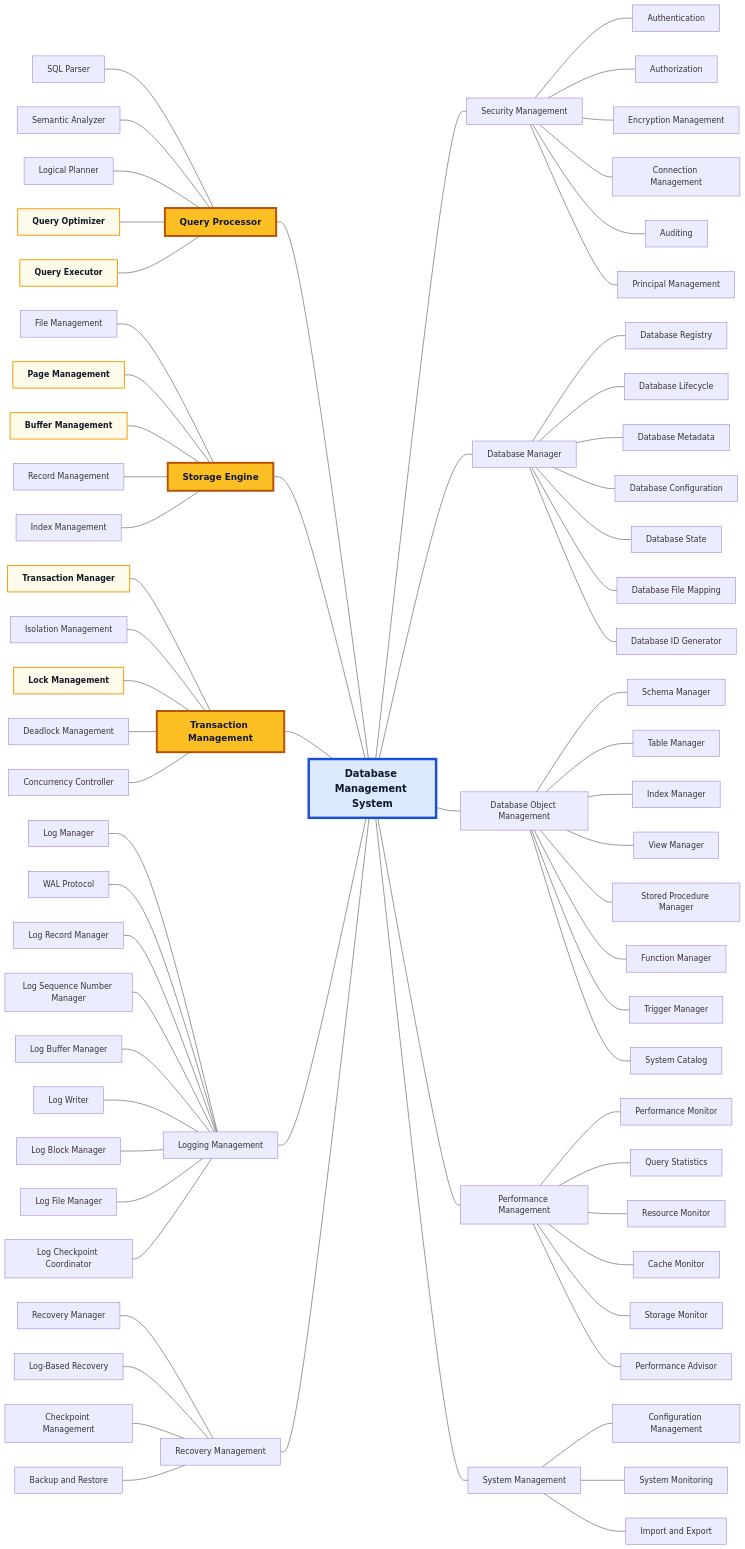
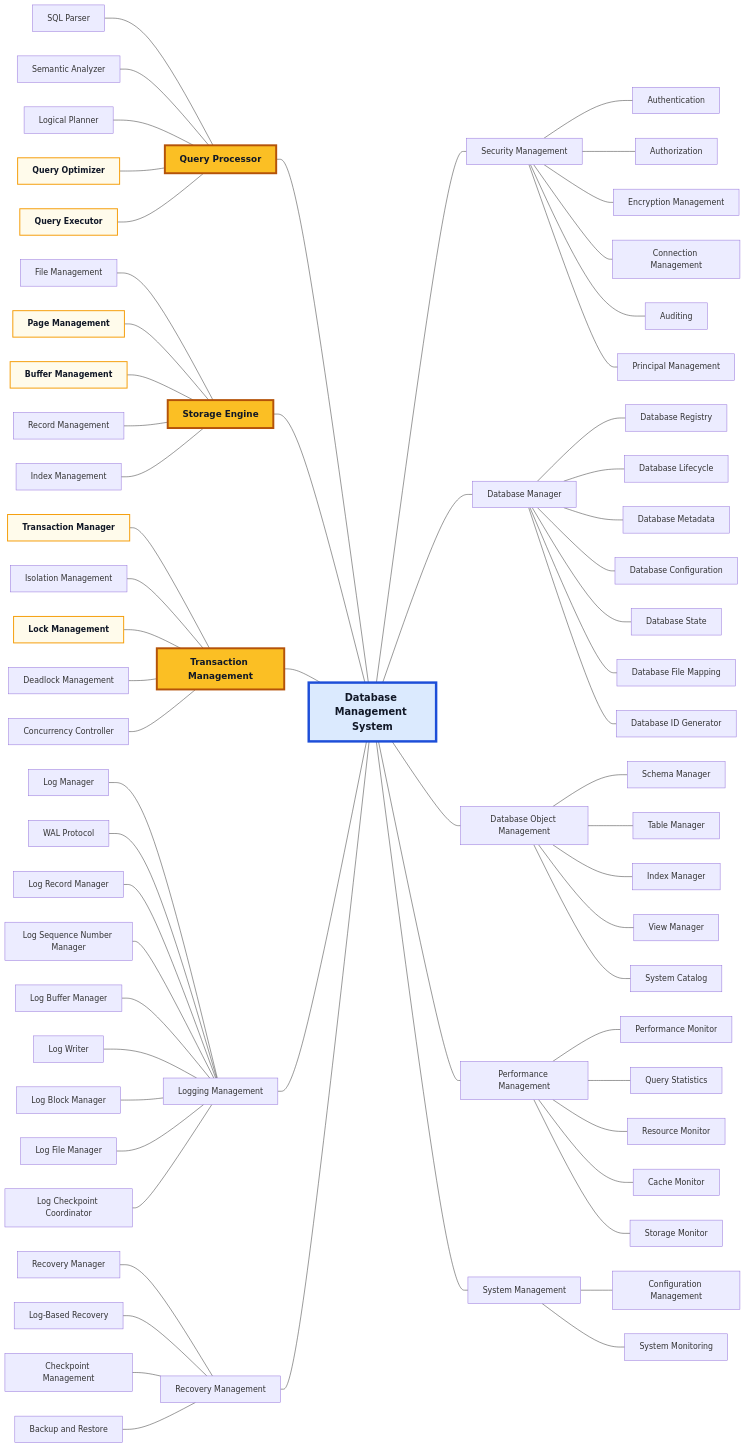
Before and after one commit to manaxpow/DBMS: the first of 11 diagrams in README.md, drawn with Mermaid. The commit also changed other lines of this file and 97 other files, not shown here.

```diff
--- a/README.md
+++ b/README.md
@@ -69,9 +69,6 @@
     DOM --- DOM_TM[Table Manager]
     DOM --- DOM_IM[Index Manager]
     DOM --- DOM_VM[View Manager]
-    DOM --- DOM_SPM[Stored Procedure Manager]
-    DOM --- DOM_FM[Function Manager]
-    DOM --- DOM_TrM[Trigger Manager]
     DOM --- DOM_SC[System Catalog]
 
     DBMS --- PM[Performance Management]
@@ -80,12 +77,10 @@
     PM --- PM_RM[Resource Monitor]
     PM --- PM_CM[Cache Monitor]
     PM --- PM_SM[Storage Monitor]
-    PM --- PM_PA[Performance Advisor]
 
     DBMS --- SysM[System Management]
     SysM --- SysM_CM[Configuration Management]
     SysM --- SysM_SM[System Monitoring]
-    SysM --- SysM_IE[Import and Export]
 
     %% =========================
     %% STYLES
```
